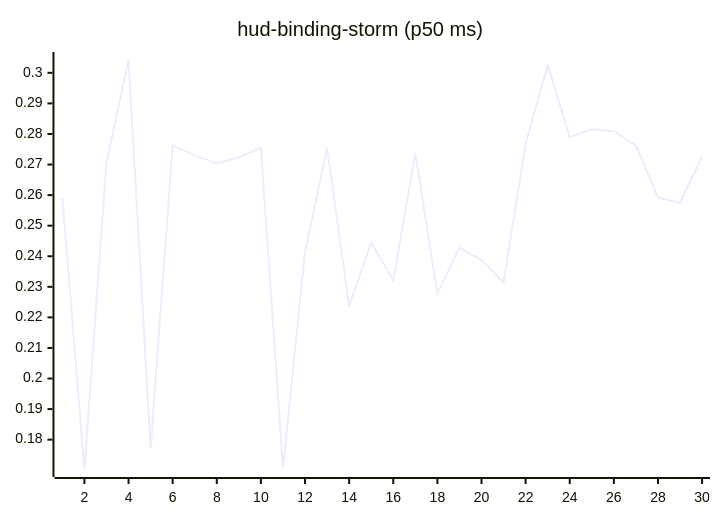
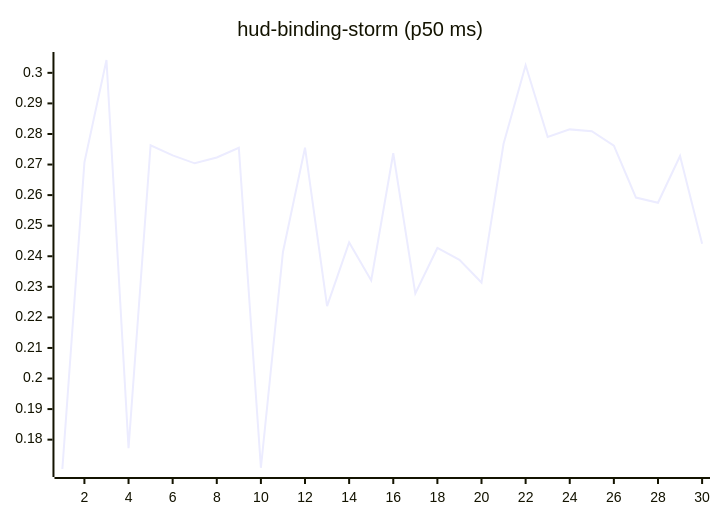
The tenth of 27 diagrams in README.md (josha/Facet), drawn with Mermaid before and after one commit. The commit also changed other lines of this file and 2 other files, not shown here.

````diff
--- a/README.md
+++ b/README.md
@@ -126,6 +126,6 @@
 ```mermaid
 xychart-beta
     title "hud-binding-storm (p50 ms)"
     x-axis 1 --> 30
-    line [0.2591, 0.1704, 0.2707, 0.3042, 0.1772, 0.2763, 0.2730, 0.2704, 0.2723, 0.2755, 0.1708, 0.2414, 0.2755, 0.2237, 0.2445, 0.2321, 0.2737, 0.2278, 0.2427, 0.2388, 0.2314, 0.2768, 0.3025, 0.2790, 0.2815, 0.2809, 0.2762, 0.2592, 0.2575, 0.2728]
+    line [0.1704, 0.2707, 0.3042, 0.1772, 0.2763, 0.2730, 0.2704, 0.2723, 0.2755, 0.1708, 0.2414, 0.2755, 0.2237, 0.2445, 0.2321, 0.2737, 0.2278, 0.2427, 0.2388, 0.2314, 0.2768, 0.3025, 0.2790, 0.2815, 0.2809, 0.2762, 0.2592, 0.2575, 0.2728, 0.2441]
 ```
````
